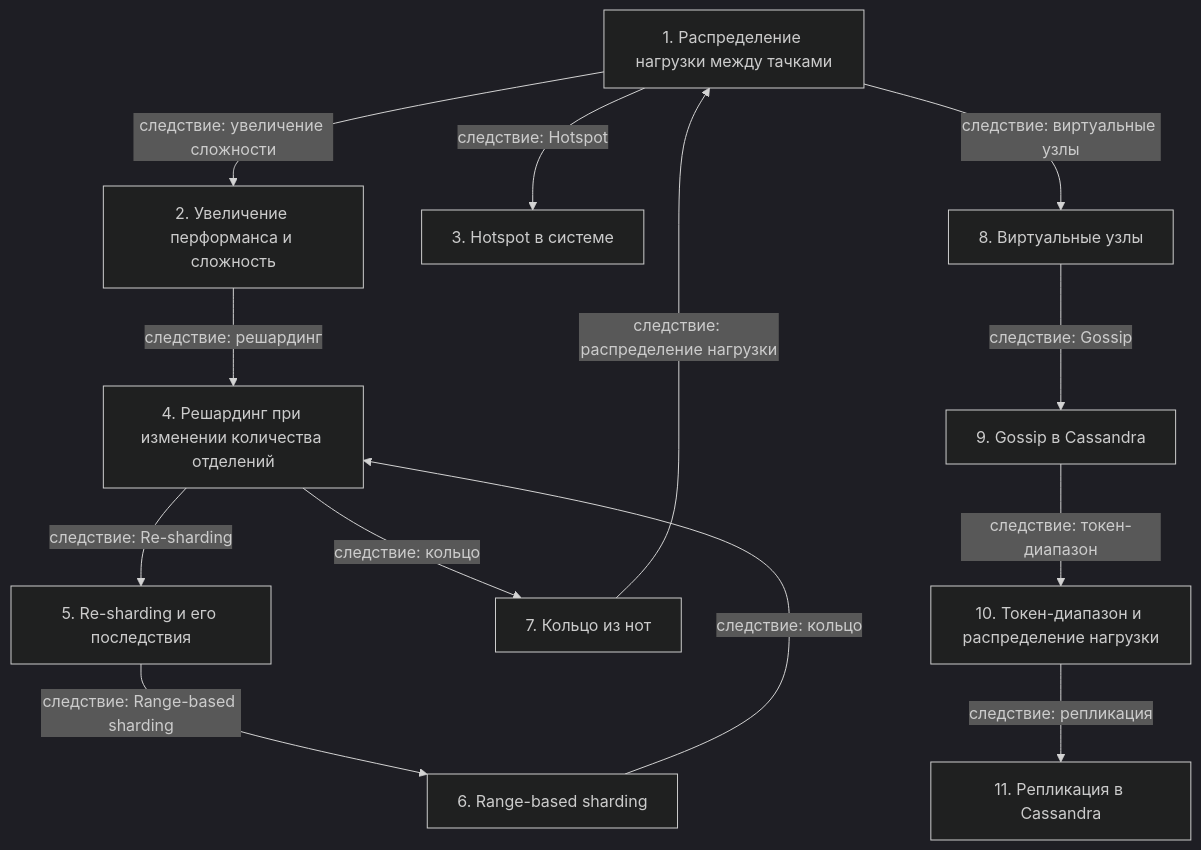
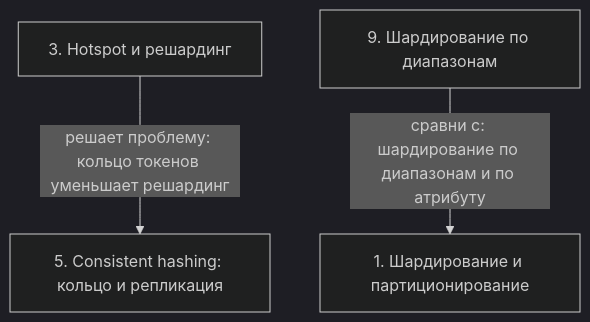
One commit to AsoloCode/notes changed the diagram in SSL.BAND Систем Дизайн/07 - sharding/notes.md. Above: the diagram before and after it, drawn with Mermaid (dark theme). The commit also changed other lines of this file and 391 other files, not shown here.

````diff
--- a/SSL.BAND Систем Дизайн/07 - sharding/notes.md
+++ b/SSL.BAND Систем Дизайн/07 - sharding/notes.md
@@ -116,26 +137,9 @@
 ```mermaid
 flowchart TD
-    n1["1. Распределение нагрузки между тачками"]
-    n2["2. Увеличение перформанса и сложность"]
-    n3["3. Hotspot в системе"]
-    n4["4. Решардинг при изменении количества отделений"]
-    n5["5. Re-sharding и его последствия"]
-    n6["6. Range-based sharding"]
-    n7["7. Кольцо из нот"]
-    n8["8. Виртуальные узлы"]
-    n9["9. Gossip в Cassandra"]
-    n10["10. Токен-диапазон и распределение нагрузки"]
-    n11["11. Репликация в Cassandra"]
-    n1 -->|следствие: увеличение сложности| n2
-    n1 -->|следствие: Hotspot| n3
-    n2 -->|следствие: решардинг| n4
-    n4 -->|следствие: Re-sharding| n5
-    n5 -->|следствие: Range-based sharding| n6
-    n6 -->|следствие: кольцо| n4
-    n4 -->|следствие: кольцо| n7
-    n7 -->|следствие: распределение нагрузки| n1
-    n1 -->|следствие: виртуальные узлы| n8
-    n8 -->|следствие: Gossip| n9
-    n9 -->|следствие: токен-диапазон| n10
-    n10 -->|следствие: репликация| n11
+    n1["1. Шардирование и партиционирование"]
+    n3["3. Hotspot и решардинг"]
+    n5["5. Consistent hashing: кольцо и репликация"]
+    n9["9. Шардирование по диапазонам"]
+    n3 -->|решает проблему: кольцо токенов уменьшает решардинг| n5
+    n9 -->|сравни с: шардирование по диапазонам и по атрибуту| n1
 ```
````
